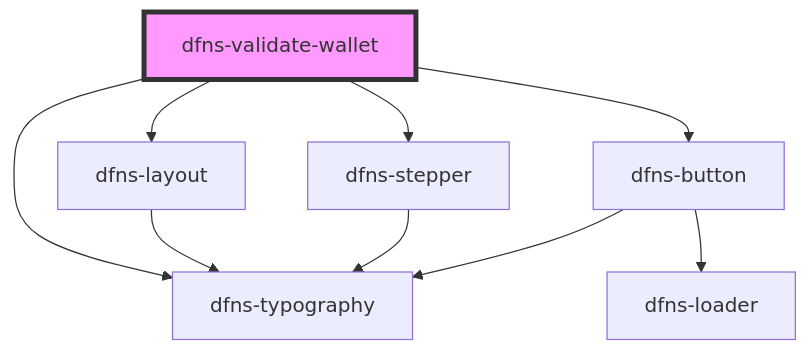
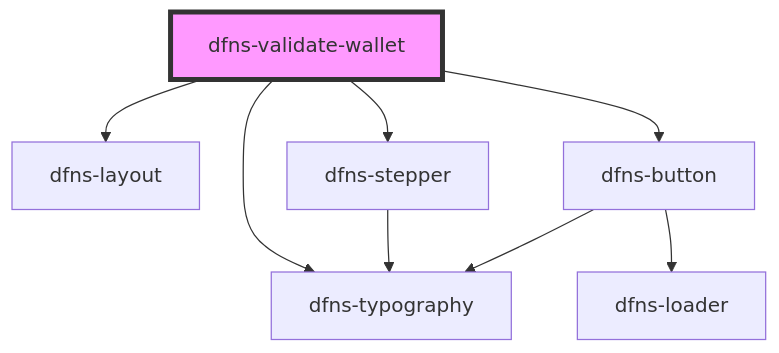
Before and after one commit to dfnsext/web-ui: the diagram in src/components/dfns-validate-wallet/readme.md, drawn with Mermaid. The commit also changed 13 other files, not shown here.

````diff
--- a/src/components/dfns-validate-wallet/readme.md
+++ b/src/components/dfns-validate-wallet/readme.md
@@ -35,12 +35,11 @@
 ```mermaid
 graph TD;
   dfns-validate-wallet --> dfns-layout
   dfns-validate-wallet --> dfns-typography
   dfns-validate-wallet --> dfns-stepper
   dfns-validate-wallet --> dfns-button
-  dfns-layout --> dfns-typography
   dfns-stepper --> dfns-typography
   dfns-button --> dfns-typography
   dfns-button --> dfns-loader
   style dfns-validate-wallet fill:#f9f,stroke:#333,stroke-width:4px
 ```
````
